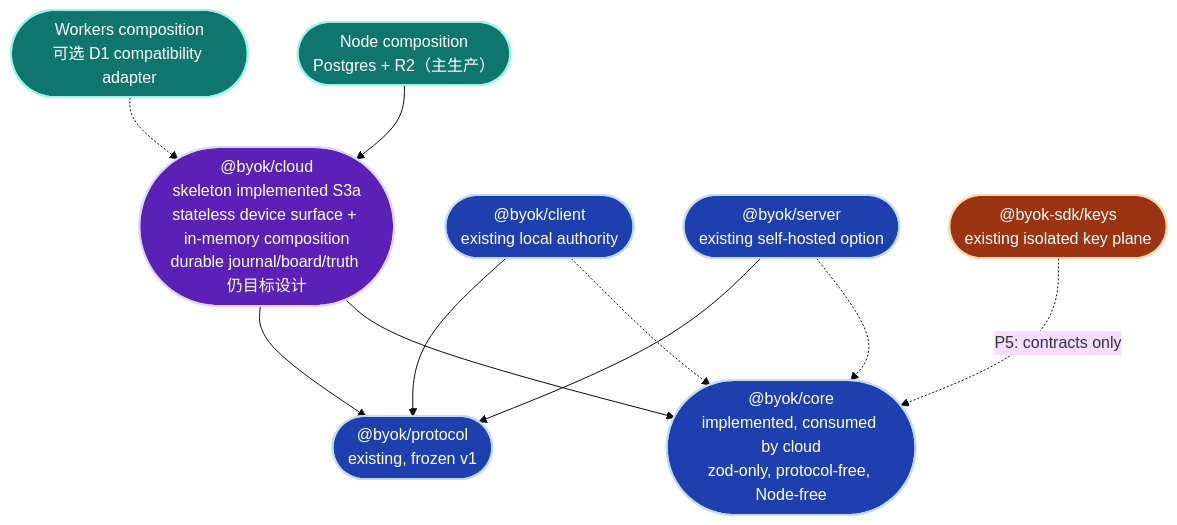
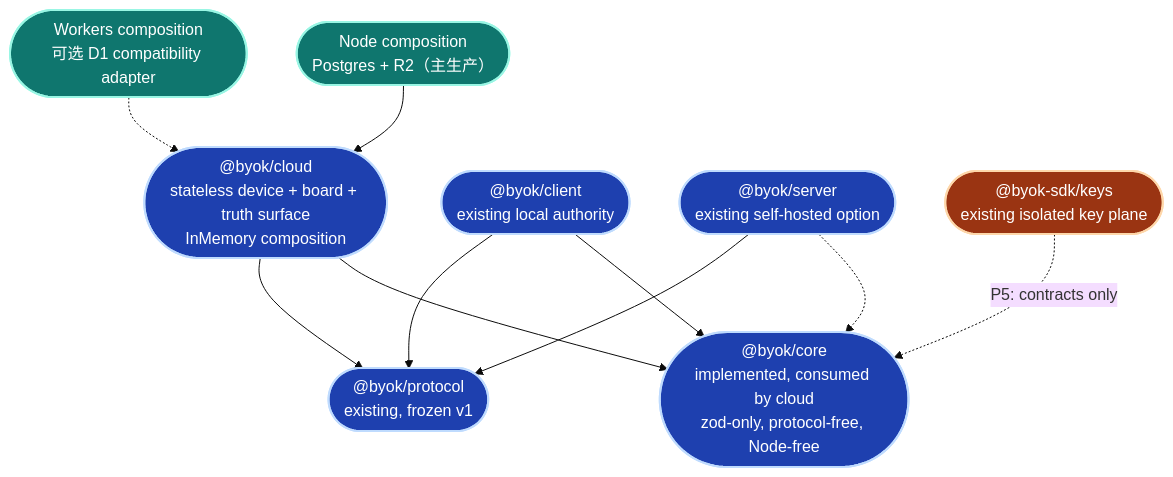
Before and after one commit to Ancienttwo/byok-sdk: diagram 16 of 23 in docs/architecture/sdk-architecture.md, drawn with Mermaid (base theme). The commit also changed other lines of this file and 16 other files, not shown here.

Commit message:
feat(client): add S6 daemon truth memory path

````diff
--- a/docs/architecture/sdk-architecture.md
+++ b/docs/architecture/sdk-architecture.md
@@ -933,26 +936,26 @@
 ```mermaid
 flowchart TB
   classDef existing fill:#1e40af,stroke:#bfdbfe,stroke-width:2px,color:#fff
   classDef planned fill:#5b21b6,stroke:#ddd6fe,stroke-width:2px,color:#fff
   classDef isolated fill:#9a3412,stroke:#fed7aa,stroke-width:2px,color:#fff
   classDef deploy fill:#0f766e,stroke:#99f6e4,stroke-width:2px,color:#fff
 
   Protocol(["@byok/protocol<br/>existing, frozen v1"]):::existing
   Core(["@byok/core<br/>implemented, consumed by cloud<br/>zod-only, protocol-free, Node-free"]):::existing
-  Cloud(["@byok/cloud<br/>skeleton implemented S3a<br/>stateless device surface + in-memory composition<br/>durable journal/board/truth 仍目标设计"]):::planned
+  Cloud(["@byok/cloud<br/>stateless device + board + truth surface<br/>InMemory composition"]):::existing
   Client(["@byok/client<br/>existing local authority"]):::existing
   Server(["@byok/server<br/>existing self-hosted option"]):::existing
   Keys(["@byok-sdk/keys<br/>existing isolated key plane"]):::isolated
   Node(["Node composition<br/>Postgres + R2（主生产）"]):::deploy
   Workers(["Workers composition<br/>可选 D1 compatibility adapter"]):::deploy
 
   Cloud --> Core
   Cloud --> Protocol
-  Client -.-> Core
+  Client --> Core
   Client --> Protocol
   Server -.-> Core
   Server --> Protocol
   Keys -.->|"P5: contracts only"| Core
   Node --> Cloud
   Workers -.-> Cloud
 ```
````
